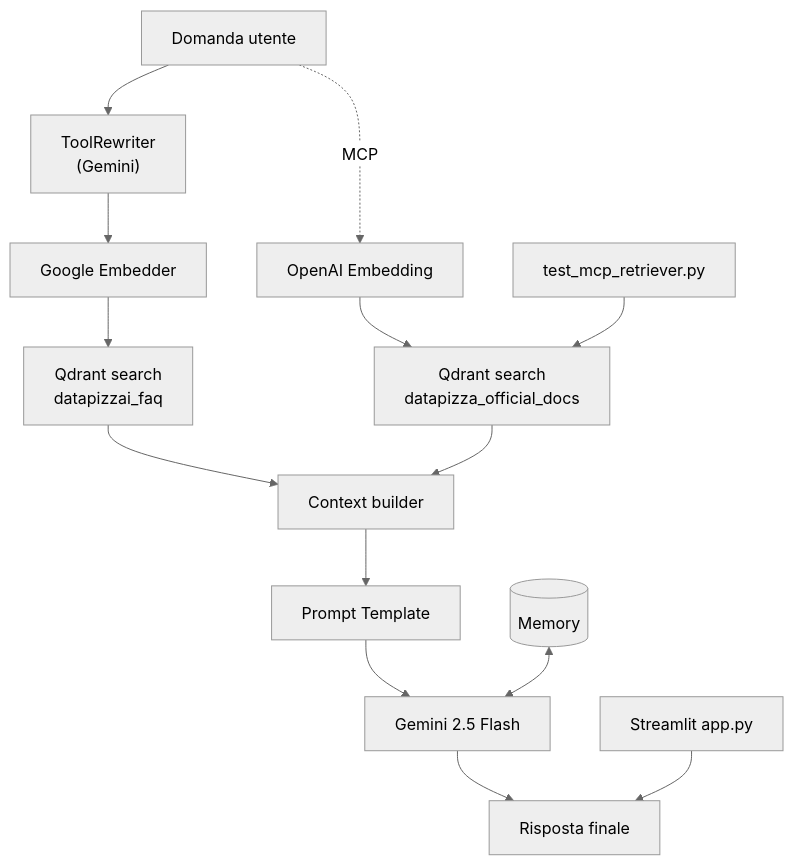
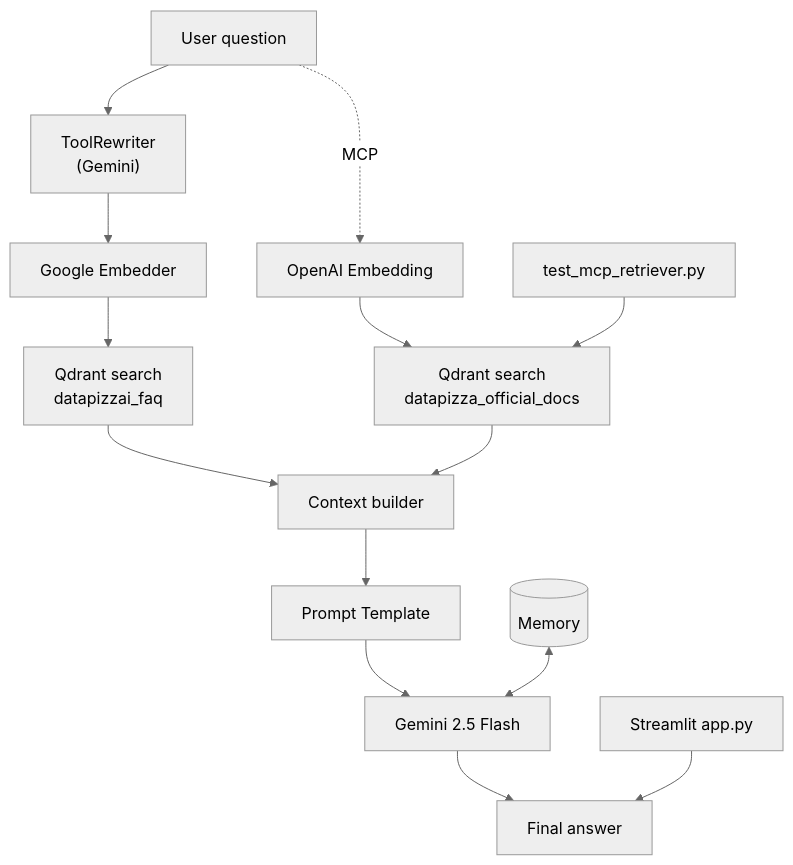
One commit to Rkomi98/datapizzaAI-RAG changed the third of 3 diagrams in README.md. Above: the diagram before and after it, drawn with Mermaid (neutral theme). The commit also changed other lines of this file, not shown here.

````diff
--- a/README.md
+++ b/README.md
@@ -58,19 +54,19 @@
 ```mermaid
 graph TD
-  U["Domanda utente"] --> RW["ToolRewriter<br/>(Gemini)"]
+  U["User question"] --> RW["ToolRewriter<br/>(Gemini)"]
   RW --> GE["Google Embedder"]
   GE --> VR1["Qdrant search<br/>datapizzai_faq"]
 
   U -.->|MCP| EMB["OpenAI Embedding"]
   EMB --> VR2["Qdrant search<br/>datapizza_official_docs"]
 
   VR1 --> CTX["Context builder"]
   VR2 --> CTX
   CTX --> PR["Prompt Template"]
   PR --> LLM["Gemini 2.5 Flash"]
-  LLM --> OUT["Risposta finale"]
+  LLM --> OUT["Final answer"]
   MEM[(Memory)] <--> LLM
 
   APP["Streamlit app.py"] --> OUT
   TEST["test_mcp_retriever.py"] --> VR2
 ```
````
